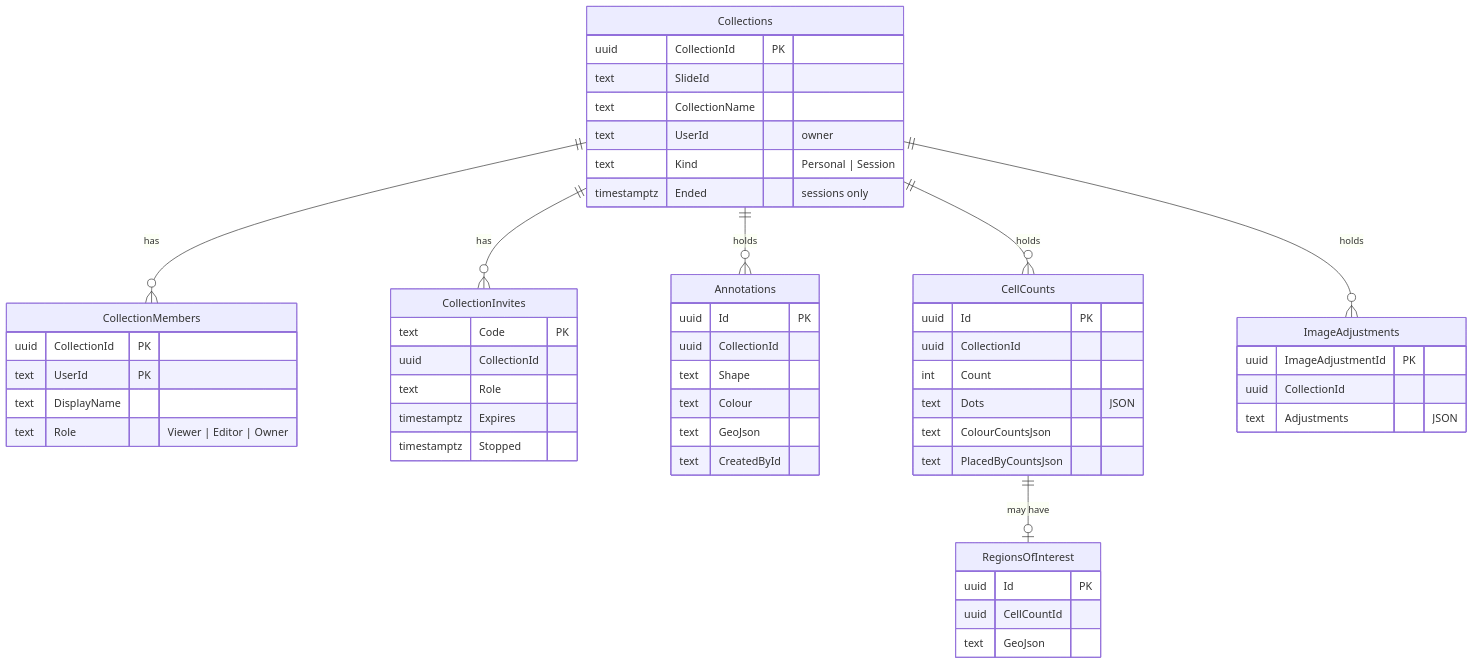
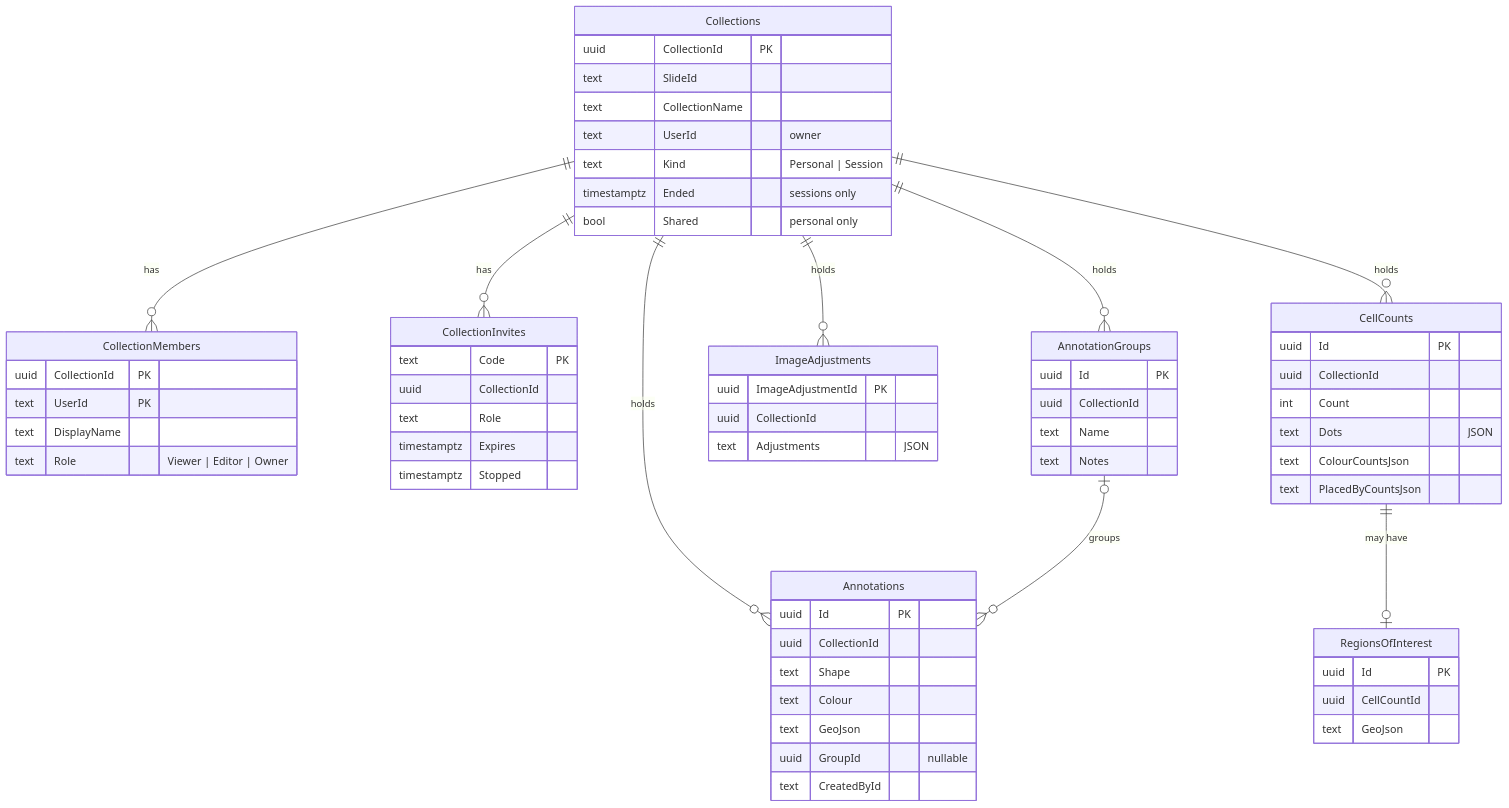
One commit to ewanhmack05/Diss-Project changed the second of 5 diagrams in docs/breakdown/annotation-store.md. Above: the diagram before and after it, drawn with Mermaid. The commit also changed other lines of this file and 73 other files, not shown here.

First line of the commit message:
Collections tab, select tab and annotation groups (#9)

````diff
--- a/docs/breakdown/annotation-store.md
+++ b/docs/breakdown/annotation-store.md
@@ -78,57 +81,67 @@
 ```mermaid
 erDiagram
   Collections ||--o{ CollectionMembers : "has"
   Collections ||--o{ CollectionInvites : "has"
   Collections ||--o{ Annotations : "holds"
   Collections ||--o{ CellCounts : "holds"
   Collections ||--o{ ImageAdjustments : "holds"
+  Collections ||--o{ AnnotationGroups : "holds"
+  AnnotationGroups |o--o{ Annotations : "groups"
   CellCounts ||--o| RegionsOfInterest : "may have"
 
   Collections {
     uuid CollectionId PK
     text SlideId
     text CollectionName
     text UserId "owner"
     text Kind "Personal | Session"
     timestamptz Ended "sessions only"
+    bool Shared "personal only"
   }
   CollectionMembers {
     uuid CollectionId PK
     text UserId PK
     text DisplayName
     text Role "Viewer | Editor | Owner"
   }
   CollectionInvites {
     text Code PK
     uuid CollectionId
     text Role
     timestamptz Expires
     timestamptz Stopped
   }
   Annotations {
     uuid Id PK
     uuid CollectionId
     text Shape
     text Colour
     text GeoJson
+    uuid GroupId "nullable"
     text CreatedById
+  }
+  AnnotationGroups {
+    uuid Id PK
+    uuid CollectionId
+    text Name
+    text Notes
   }
   CellCounts {
     uuid Id PK
     uuid CollectionId
     int Count
     text Dots "JSON"
     text ColourCountsJson
     text PlacedByCountsJson
   }
   RegionsOfInterest {
     uuid Id PK
     uuid CellCountId
     text GeoJson
   }
   ImageAdjustments {
     uuid ImageAdjustmentId PK
     uuid CollectionId
     text Adjustments "JSON"
   }
 ```
````
